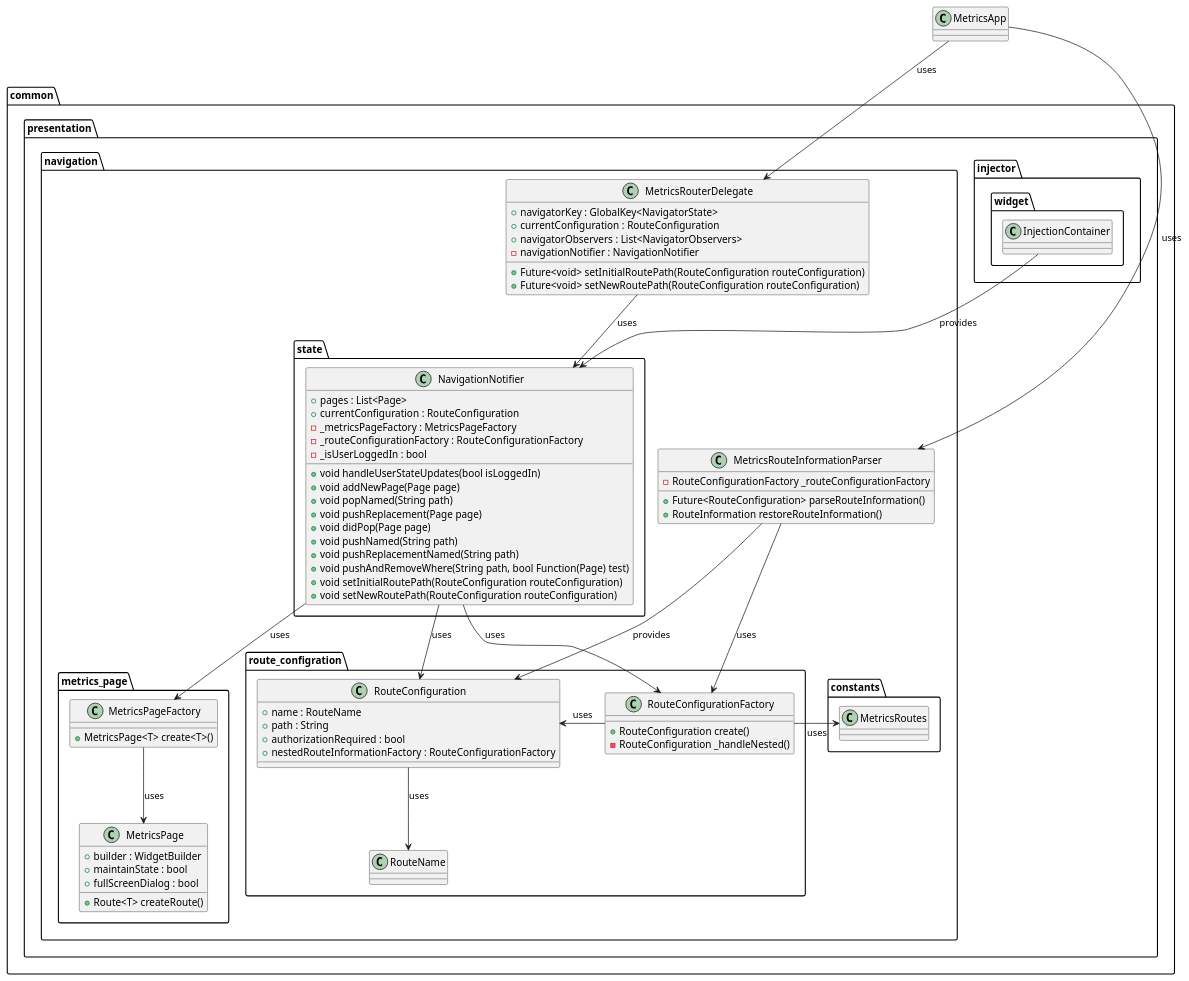
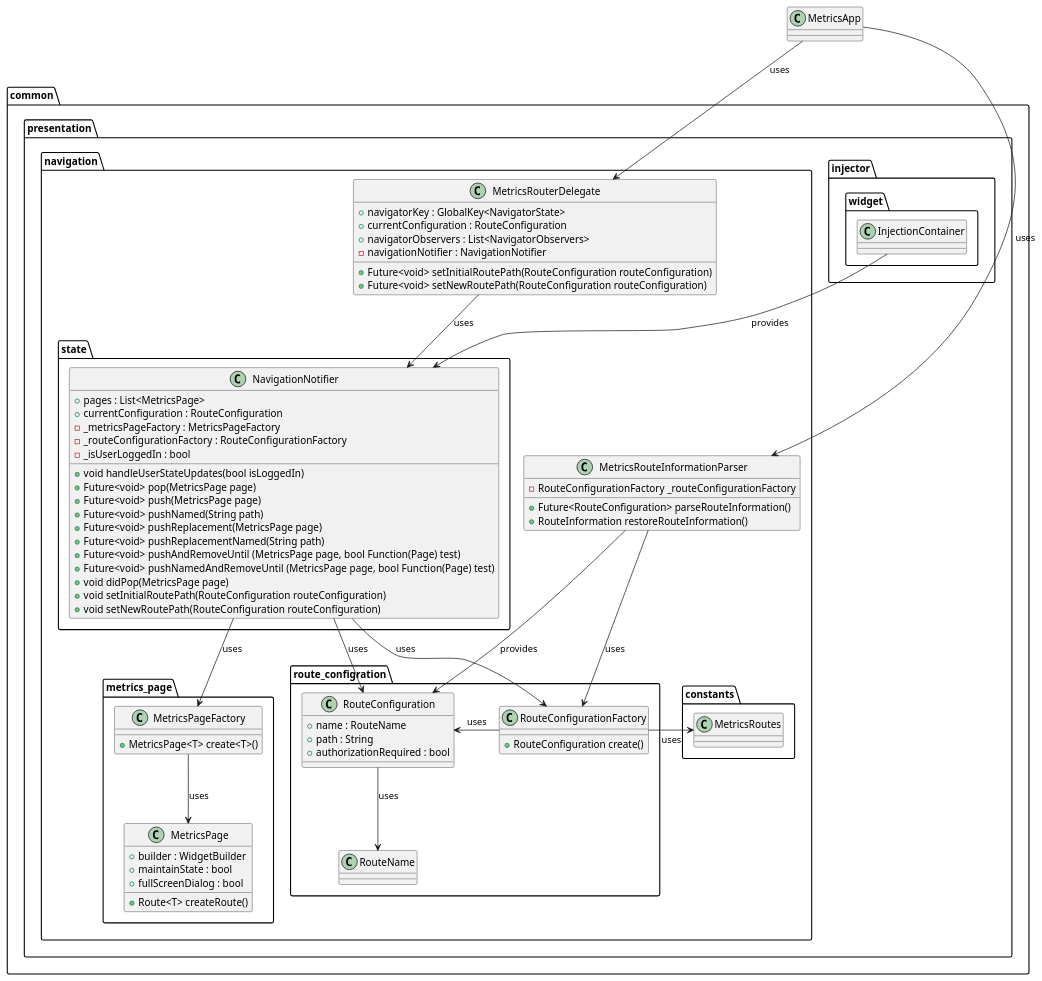
One commit to Flank/flank-dashboard changed the diagram in metrics/web/docs/features/navigation/diagrams/navigation_class_diagram.puml. Above: the diagram before and after it, drawn with PlantUML. The commit also changed 3 other files, not shown here.

```diff
--- a/metrics/web/docs/features/navigation/diagrams/navigation_class_diagram.puml
+++ b/metrics/web/docs/features/navigation/diagrams/navigation_class_diagram.puml
@@ -1,105 +1,104 @@
 @startuml navigation_class_diagram
 
 class MetricsApp {}
 
 package common.presentation {
 
     package injector.widget {
         class InjectionContainer {}
     }
 
     package navigation {
 
         package route_configration {
             class RouteName {
             }
 
             class RouteConfiguration {
                 + name : RouteName
                 + path : String
                 + authorizationRequired : bool
-                + nestedRouteInformationFactory : RouteConfigurationFactory
             }
 
             class RouteConfigurationFactory {
                 + RouteConfiguration create()
-                - RouteConfiguration _handleNested()
             }
         }
         class MetricsRouteInformationParser {
             - RouteConfigurationFactory _routeConfigurationFactory
             + Future<RouteConfiguration> parseRouteInformation()
             + RouteInformation restoreRouteInformation()
         }
         class MetricsRouterDelegate {
             + navigatorKey : GlobalKey<NavigatorState>
             + currentConfiguration : RouteConfiguration
             + navigatorObservers : List<NavigatorObservers>
             - navigationNotifier : NavigationNotifier
             + Future<void> setInitialRoutePath(RouteConfiguration routeConfiguration)
             + Future<void> setNewRoutePath(RouteConfiguration routeConfiguration)
         }
 
         package constants {
             class MetricsRoutes {}
         }
 
         package state {
             class NavigationNotifier {
-                + pages : List<Page>
+                + pages : List<MetricsPage>
                 + currentConfiguration : RouteConfiguration
                 - _metricsPageFactory : MetricsPageFactory
                 - _routeConfigurationFactory : RouteConfigurationFactory
                 - _isUserLoggedIn : bool
                 + void handleUserStateUpdates(bool isLoggedIn)
-                + void addNewPage(Page page)
-                + void popNamed(String path)
-                + void pushReplacement(Page page)
-                + void didPop(Page page)
-                + void pushNamed(String path)
-                + void pushReplacementNamed(String path)
-                + void pushAndRemoveWhere(String path, bool Function(Page) test)
+                + Future<void> pop(MetricsPage page)
+                + Future<void> push(MetricsPage page)
+                + Future<void> pushNamed(String path)
+                + Future<void> pushReplacement(MetricsPage page)
+                + Future<void> pushReplacementNamed(String path)
+                + Future<void> pushAndRemoveUntil (MetricsPage page, bool Function(Page) test)
+                + Future<void> pushNamedAndRemoveUntil (MetricsPage page, bool Function(Page) test)
+                + void didPop(MetricsPage page)
                 + void setInitialRoutePath(RouteConfiguration routeConfiguration)
                 + void setNewRoutePath(RouteConfiguration routeConfiguration)
             }
         }
 
 
         package metrics_page {
             class MetricsPageFactory {
                 + MetricsPage<T> create<T>()
             }
 
             class MetricsPage {
                 + builder : WidgetBuilder
                 + maintainState : bool
                 + fullScreenDialog : bool
                 + Route<T> createRoute()
             }
         }
 
     }
 }
 
 InjectionContainer --> NavigationNotifier : provides
 
 MetricsApp --> MetricsRouteInformationParser :uses
 MetricsApp --> MetricsRouterDelegate : uses
 
 MetricsRouteInformationParser --> RouteConfiguration : provides
 MetricsRouteInformationParser --> RouteConfigurationFactory : uses
 
 RouteConfiguration --> RouteName : uses
 
 RouteConfigurationFactory -> RouteConfiguration : uses
 RouteConfigurationFactory -> MetricsRoutes : uses
 
 MetricsRouterDelegate --> NavigationNotifier : uses
 
 NavigationNotifier --> RouteConfigurationFactory : uses
 NavigationNotifier --> RouteConfiguration : uses
 NavigationNotifier --> MetricsPageFactory : uses
 
 MetricsPageFactory --> MetricsPage : uses
 
 @enduml
```
